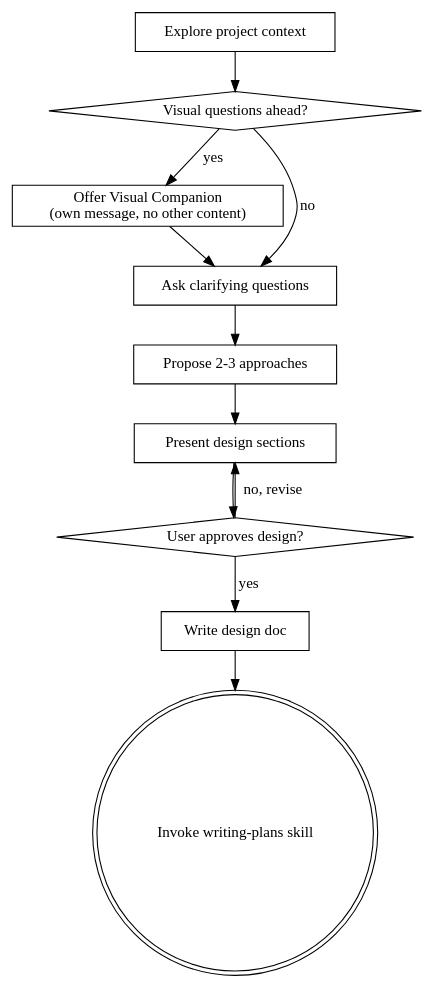
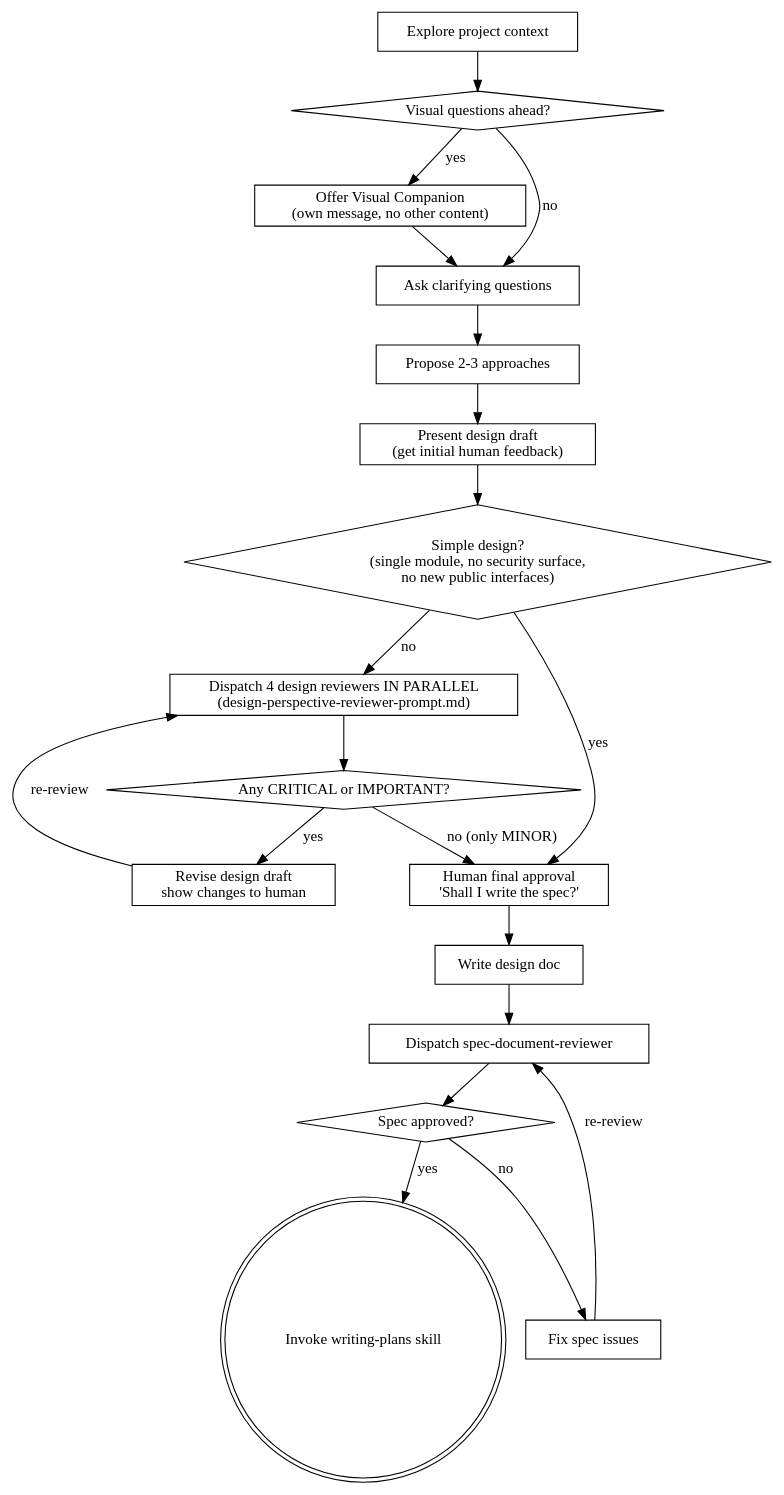
One commit to AetherCore-Dev/ag402 changed the diagram in .claude/skills/brainstorming/skill.md. Above: the diagram before and after it, drawn with Graphviz. The commit also changed other lines of this file and 20 other files, not shown here.

````diff
--- a/.claude/skills/brainstorming/skill.md
+++ b/.claude/skills/brainstorming/skill.md
@@ -34,24 +38,40 @@
 ```dot
 digraph brainstorming {
     "Explore project context" [shape=box];
     "Visual questions ahead?" [shape=diamond];
     "Offer Visual Companion\n(own message, no other content)" [shape=box];
     "Ask clarifying questions" [shape=box];
     "Propose 2-3 approaches" [shape=box];
-    "Present design sections" [shape=box];
-    "User approves design?" [shape=diamond];
+    "Present design draft\n(get initial human feedback)" [shape=box];
+    "Simple design?\n(single module, no security surface,\nno new public interfaces)" [shape=diamond];
+    "Dispatch 4 design reviewers IN PARALLEL\n(design-perspective-reviewer-prompt.md)" [shape=box];
+    "Any CRITICAL or IMPORTANT?" [shape=diamond];
+    "Revise design draft\nshow changes to human" [shape=box];
+    "Human final approval\n'Shall I write the spec?'" [shape=box];
     "Write design doc" [shape=box];
+    "Dispatch spec-document-reviewer" [shape=box];
+    "Spec approved?" [shape=diamond];
+    "Fix spec issues" [shape=box];
     "Invoke writing-plans skill" [shape=doublecircle];
 
     "Explore project context" -> "Visual questions ahead?";
     "Visual questions ahead?" -> "Offer Visual Companion\n(own message, no other content)" [label="yes"];
     "Visual questions ahead?" -> "Ask clarifying questions" [label="no"];
     "Offer Visual Companion\n(own message, no other content)" -> "Ask clarifying questions";
     "Ask clarifying questions" -> "Propose 2-3 approaches";
-    "Propose 2-3 approaches" -> "Present design sections";
-    "Present design sections" -> "User approves design?";
-    "User approves design?" -> "Present design sections" [label="no, revise"];
-    "User approves design?" -> "Write design doc" [label="yes"];
-    "Write design doc" -> "Invoke writing-plans skill";
+    "Propose 2-3 approaches" -> "Present design draft\n(get initial human feedback)";
+    "Present design draft\n(get initial human feedback)" -> "Simple design?\n(single module, no security surface,\nno new public interfaces)";
+    "Simple design?\n(single module, no security surface,\nno new public interfaces)" -> "Human final approval\n'Shall I write the spec?'" [label="yes"];
+    "Simple design?\n(single module, no security surface,\nno new public interfaces)" -> "Dispatch 4 design reviewers IN PARALLEL\n(design-perspective-reviewer-prompt.md)" [label="no"];
+    "Dispatch 4 design reviewers IN PARALLEL\n(design-perspective-reviewer-prompt.md)" -> "Any CRITICAL or IMPORTANT?";
+    "Any CRITICAL or IMPORTANT?" -> "Revise design draft\nshow changes to human" [label="yes"];
+    "Revise design draft\nshow changes to human" -> "Dispatch 4 design reviewers IN PARALLEL\n(design-perspective-reviewer-prompt.md)" [label="re-review"];
+    "Any CRITICAL or IMPORTANT?" -> "Human final approval\n'Shall I write the spec?'" [label="no (only MINOR)"];
+    "Human final approval\n'Shall I write the spec?'" -> "Write design doc";
+    "Write design doc" -> "Dispatch spec-document-reviewer";
+    "Dispatch spec-document-reviewer" -> "Spec approved?";
+    "Spec approved?" -> "Fix spec issues" [label="no"];
+    "Fix spec issues" -> "Dispatch spec-document-reviewer" [label="re-review"];
+    "Spec approved?" -> "Invoke writing-plans skill" [label="yes"];
 }
 ```
````
